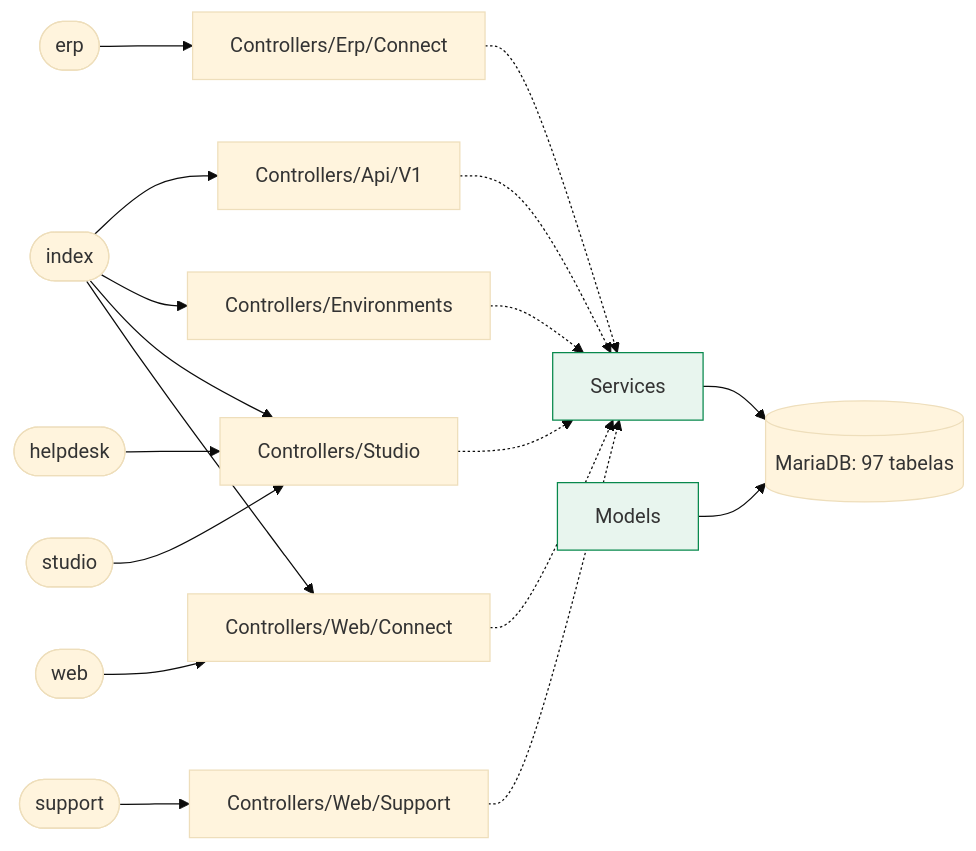
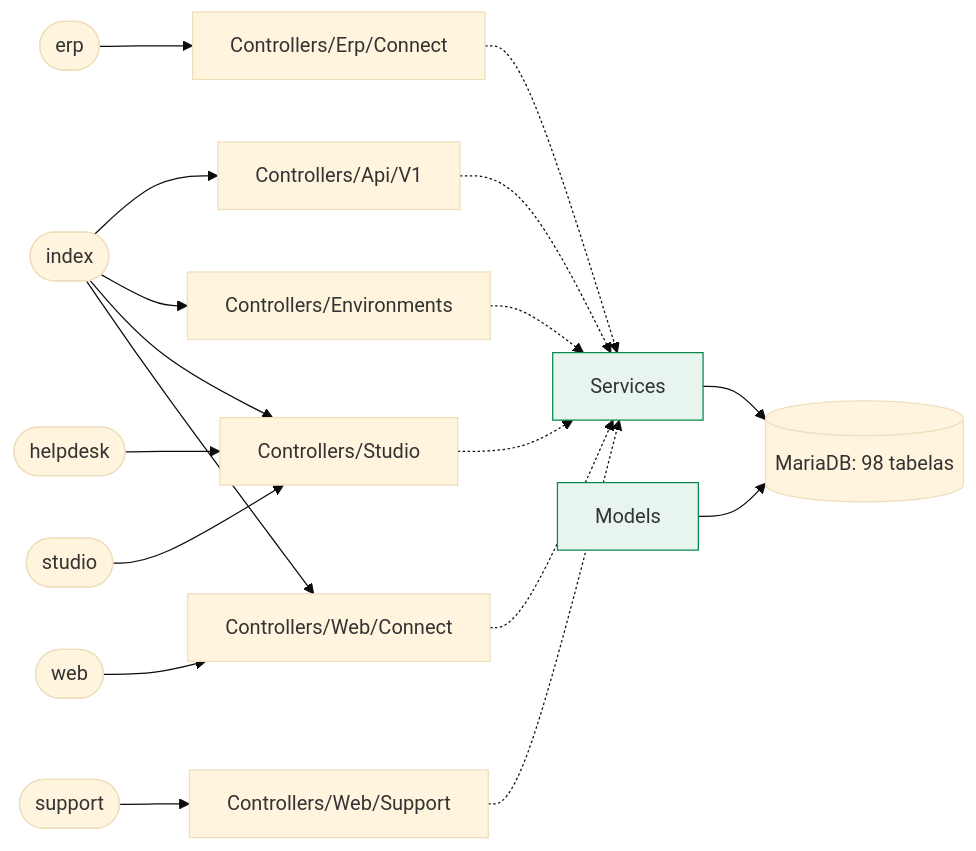
Before and after one commit to djalmamartins/connect-erp: the first of 2 diagrams in docs/map/README.md, drawn with Mermaid (base theme). The commit also changed other lines of this file and 1 other file, not shown here.

````diff
--- a/docs/map/README.md
+++ b/docs/map/README.md
@@ -13,30 +13,30 @@
 ```mermaid
 flowchart LR
   env_erp(["erp"])
   env_erp --> pkg_Controllers_Erp_Connect["Controllers/Erp/Connect"]
   env_helpdesk(["helpdesk"])
   env_helpdesk --> pkg_Controllers_Studio["Controllers/Studio"]
   env_index(["index"])
   env_index --> pkg_Controllers_Api_V1["Controllers/Api/V1"]
   env_index --> pkg_Controllers_Environments["Controllers/Environments"]
   env_index --> pkg_Controllers_Studio["Controllers/Studio"]
   env_index --> pkg_Controllers_Web_Connect["Controllers/Web/Connect"]
   env_studio(["studio"])
   env_studio --> pkg_Controllers_Studio["Controllers/Studio"]
   env_support(["support"])
   env_support --> pkg_Controllers_Web_Support["Controllers/Web/Support"]
   env_web(["web"])
   env_web --> pkg_Controllers_Web_Connect["Controllers/Web/Connect"]
   pkg_svc["Services"]:::svc
   pkg_mdl["Models"]:::svc
-  db[("MariaDB: 97 tabelas")]
+  db[("MariaDB: 98 tabelas")]
   pkg_Controllers_Api_V1 -.-> pkg_svc
   pkg_Controllers_Environments -.-> pkg_svc
   pkg_Controllers_Erp_Connect -.-> pkg_svc
   pkg_Controllers_Studio -.-> pkg_svc
   pkg_Controllers_Web_Connect -.-> pkg_svc
   pkg_Controllers_Web_Support -.-> pkg_svc
   pkg_svc --> db
   pkg_mdl --> db
   classDef svc fill:#e8f5ee,stroke:#07884c
 ```
````
